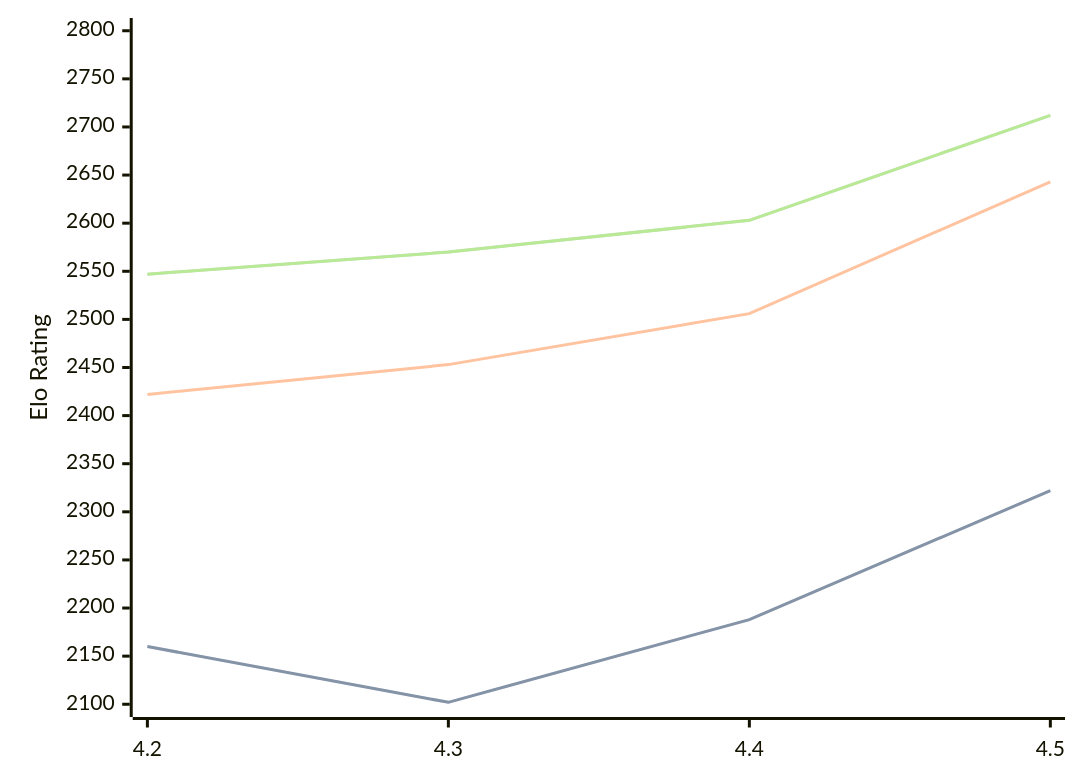
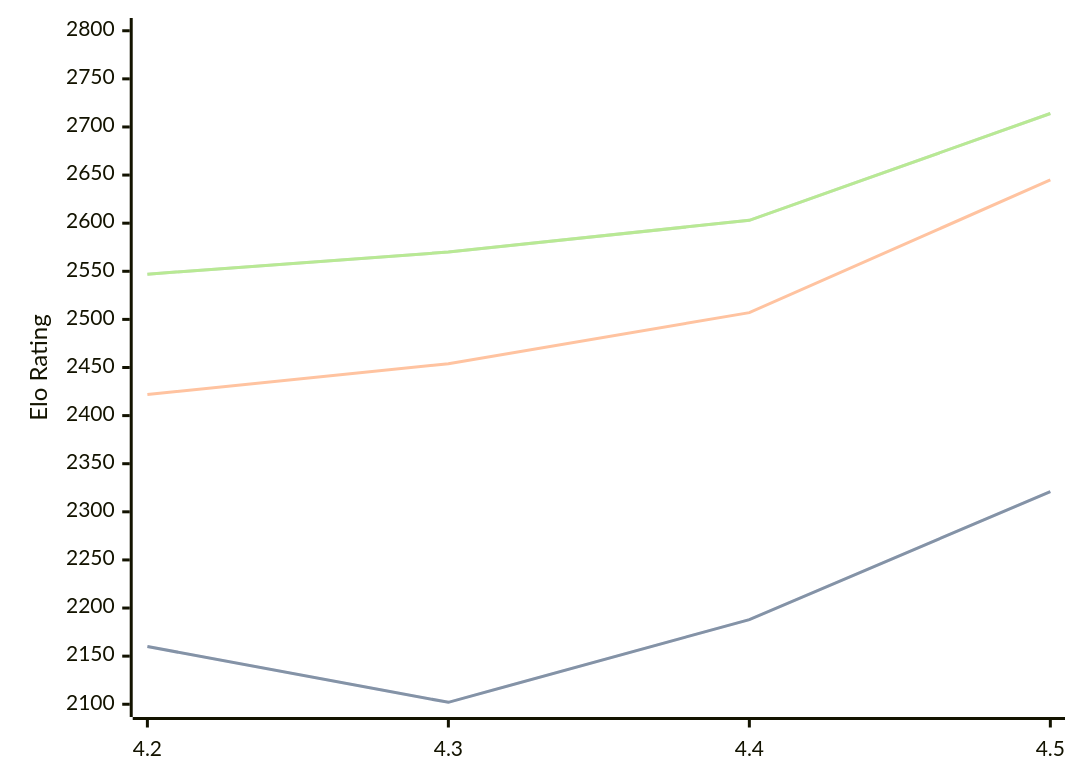
Before and after one commit to computer-chess-index/cci: the diagram in engines/Eubos.md, drawn with Mermaid. The commit also changed other lines of this file, not shown here.

Commit message:
Update CCI Ratings (ELO VLTC) - 2026-09-13

````diff
--- a/engines/Eubos.md
+++ b/engines/Eubos.md
@@ -34,11 +34,11 @@
 ```mermaid
 %%{init: {"theme":"base","themeVariables":{"seriesColors:['#a3a3a3','#222221','#faa371']}}}%%
 xychart-beta
   x-axis ["4.2", "4.3", "4.4", "4.5"]
   y-axis "Elo Rating" 2100 --> 2800
-  line "" [2160, 2102, 2188, 2322]
-  line "STC (8.0+0.08s)" [2160, 2102, 2188, 2322]
-  line "LTC (60.0+0.60s)" [2422, 2453, 2506, 2643]
-  line "" [2547, 2570, 2603, 2712]
-  line "VLTC (2m24s+1.12s)" [2547, 2570, 2603, 2712]
+  line "" [2160, 2102, 2188, 2321]
+  line "STC (8.0+0.08s)" [2160, 2102, 2188, 2321]
+  line "LTC (60.0+0.60s)" [2422, 2454, 2507, 2645]
+  line "" [2547, 2570, 2603, 2714]
+  line "VLTC (2m24s+1.12s)" [2547, 2570, 2603, 2714]
 ```
````
